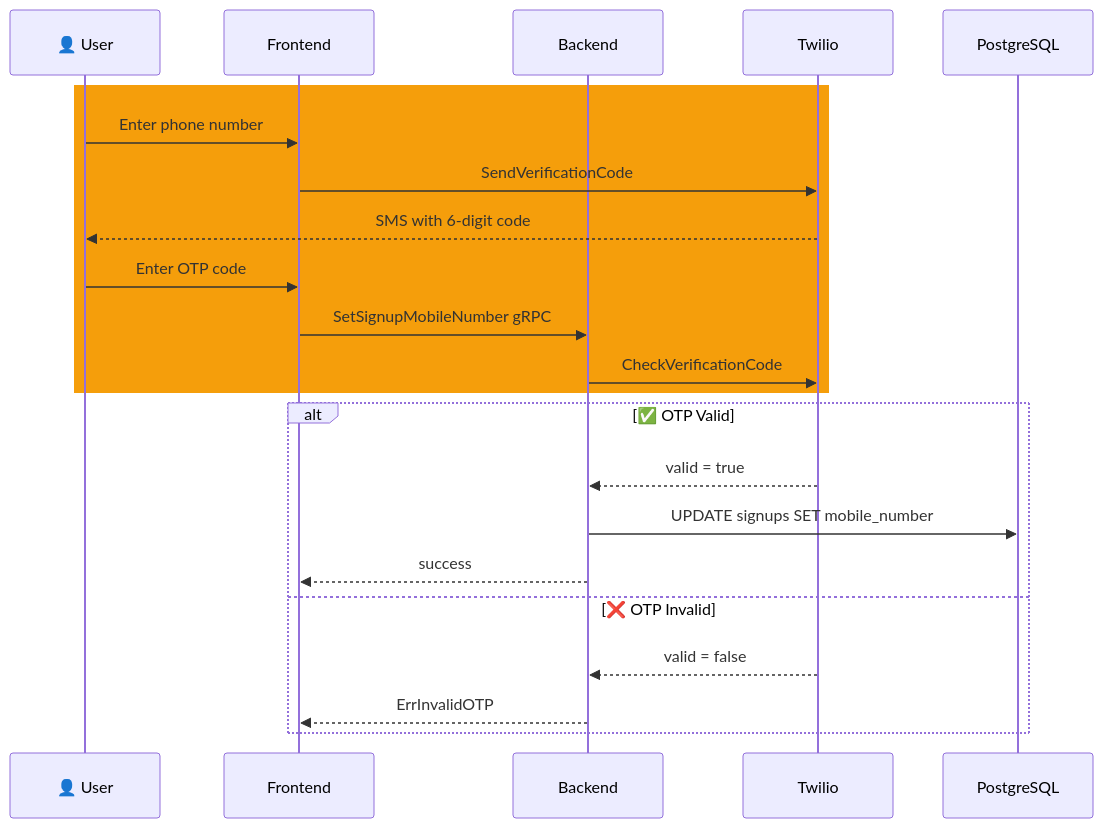
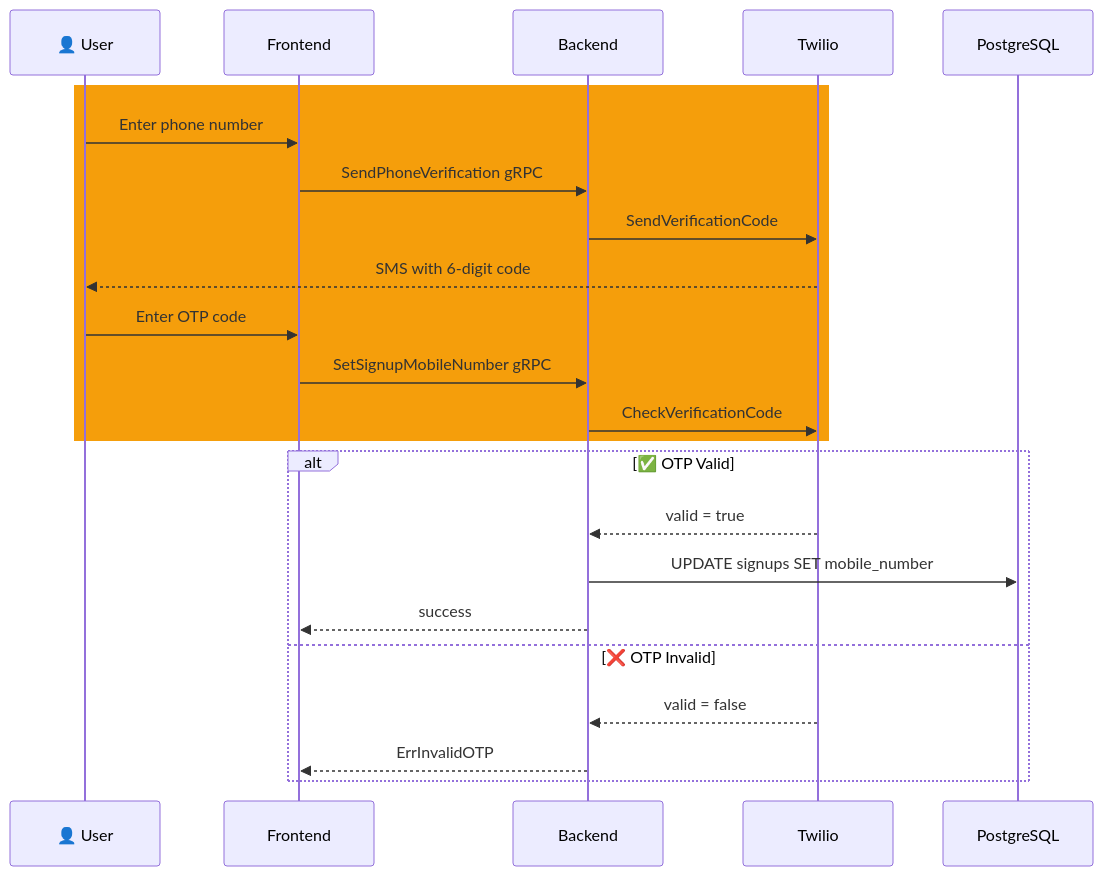
Before and after one commit to interledger/interledger-app: the second of 6 diagrams in docs/signup-explainer.md, drawn with Mermaid. The commit also changed other lines of this file, not shown here.

````diff
--- a/docs/signup-explainer.md
+++ b/docs/signup-explainer.md
@@ -57,26 +59,27 @@
 ```mermaid
 sequenceDiagram
     participant U as 👤 User
     participant FE as Frontend
     participant BE as Backend
     participant TW as Twilio
     participant DB as PostgreSQL
 
     rect rgb(245, 158, 11)
     U->>FE: Enter phone number
-    FE->>TW: SendVerificationCode
+    FE->>BE: SendPhoneVerification gRPC
+    BE->>TW: SendVerificationCode
     TW-->>U: SMS with 6-digit code
     U->>FE: Enter OTP code
     FE->>BE: SetSignupMobileNumber gRPC
     BE->>TW: CheckVerificationCode
     end
 
     alt ✅ OTP Valid
         TW-->>BE: valid = true
         BE->>DB: UPDATE signups SET mobile_number
         BE-->>FE: success
     else ❌ OTP Invalid
         TW-->>BE: valid = false
         BE-->>FE: ErrInvalidOTP
     end
 ```
````
